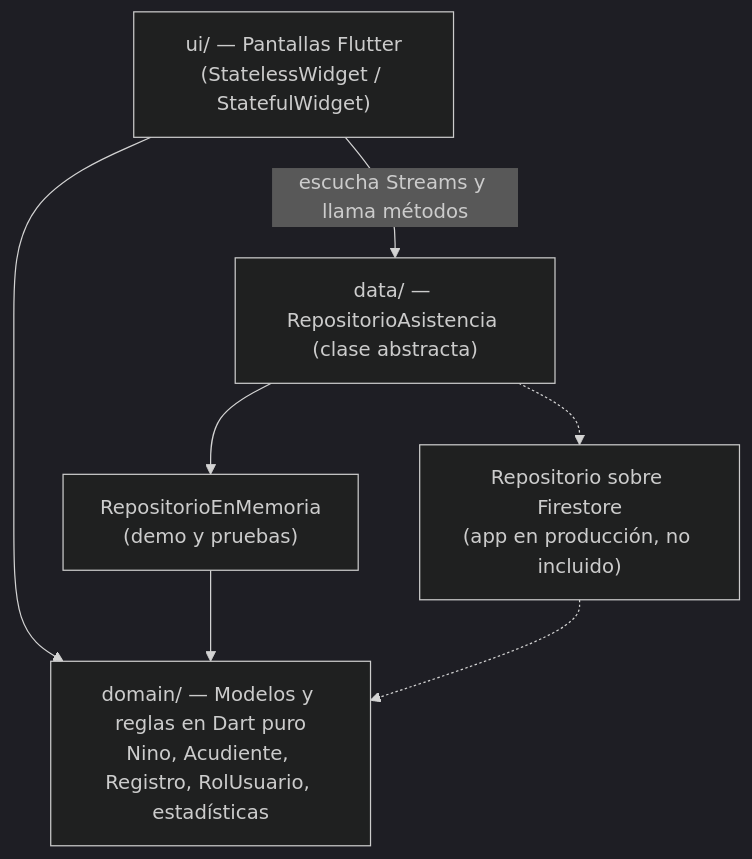
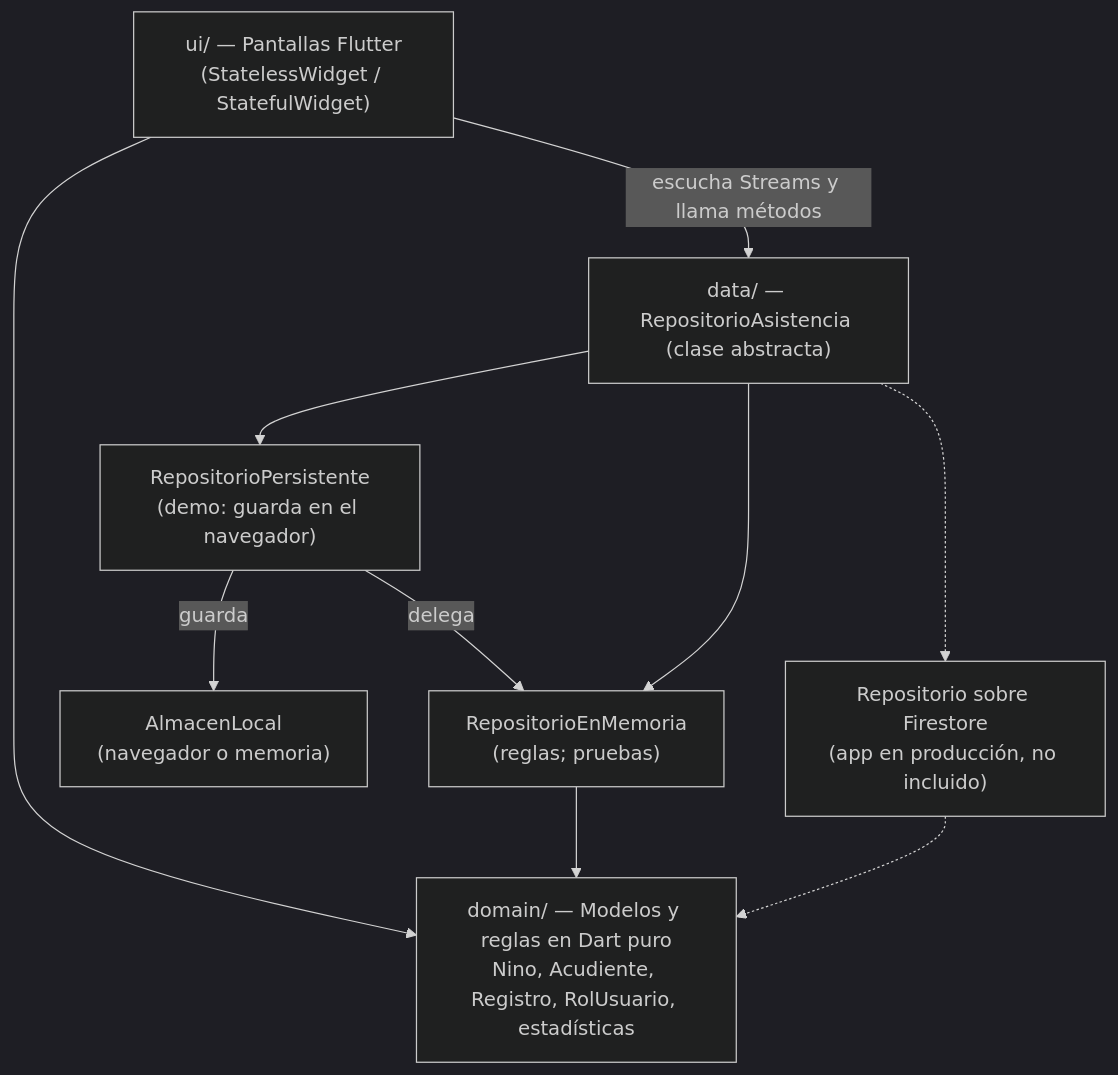
One commit to geregius/control-asistencia-infantil changed the first of 2 diagrams in docs/ARQUITECTURA.md. Above: the diagram before and after it, drawn with Mermaid (dark theme). The commit also changed other lines of this file and 2 other files, not shown here.

Commit message:
Documentación: persistencia y patrón decorador

````diff
--- a/docs/ARQUITECTURA.md
+++ b/docs/ARQUITECTURA.md
@@ -5,15 +5,20 @@
 ```mermaid
 flowchart TD
     UI["ui/ — Pantallas Flutter<br/>(StatelessWidget / StatefulWidget)"]
     DATA["data/ — RepositorioAsistencia (clase abstracta)"]
-    MEM["RepositorioEnMemoria<br/>(demo y pruebas)"]
+    PER["RepositorioPersistente<br/>(demo: guarda en el navegador)"]
+    MEM["RepositorioEnMemoria<br/>(reglas; pruebas)"]
+    ALM["AlmacenLocal<br/>(navegador o memoria)"]
     FS["Repositorio sobre Firestore<br/>(app en producción, no incluido)"]
     DOM["domain/ — Modelos y reglas en Dart puro<br/>Nino, Acudiente, Registro, RolUsuario, estadísticas"]
 
     UI -->|"escucha Streams y llama métodos"| DATA
+    DATA --> PER
+    PER -->|"delega"| MEM
+    PER -->|"guarda"| ALM
     DATA --> MEM
     DATA -.-> FS
     UI --> DOM
     MEM --> DOM
     FS -.-> DOM
 ```
````
